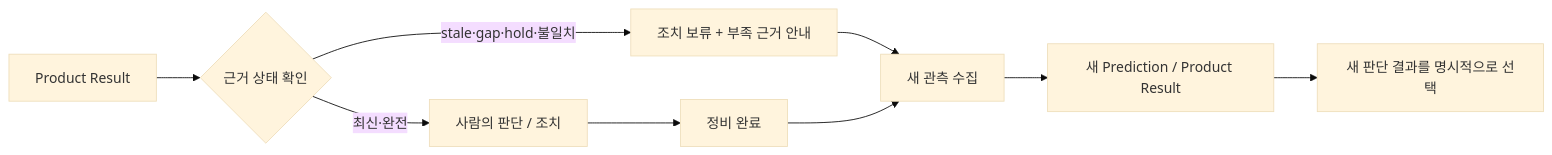
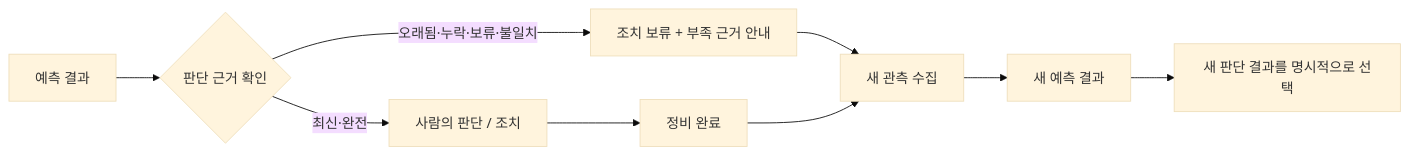
The first of 2 diagrams in README.md (enjoylonelines/ontology-dashboard), drawn with Mermaid (base theme) before and after one commit. The commit also changed other lines of this file and 1 other file, not shown here.

````diff
--- a/README.md
+++ b/README.md
@@ -35,11 +31,11 @@
 ```mermaid
 flowchart LR
-    R[Product Result] --> G{근거 상태 확인}
+    R[예측 결과] --> G{판단 근거 확인}
     G -->|최신·완전| D[사람의 판단 / 조치]
-    G -->|stale·gap·hold·불일치| H[조치 보류 + 부족 근거 안내]
+    G -->|오래됨·누락·보류·불일치| H[조치 보류 + 부족 근거 안내]
     H --> O[새 관측 수집]
     D --> M[정비 완료]
     M --> O
-    O --> P[새 Prediction / Product Result]
+    O --> P[새 예측 결과]
     P --> N[새 판단 결과를 명시적으로 선택]
 ```
````
